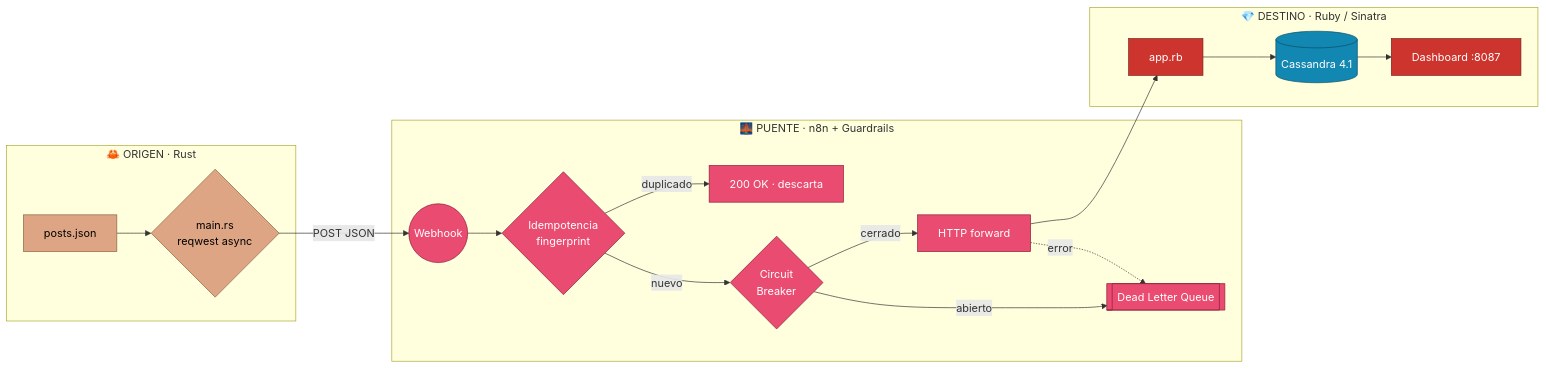
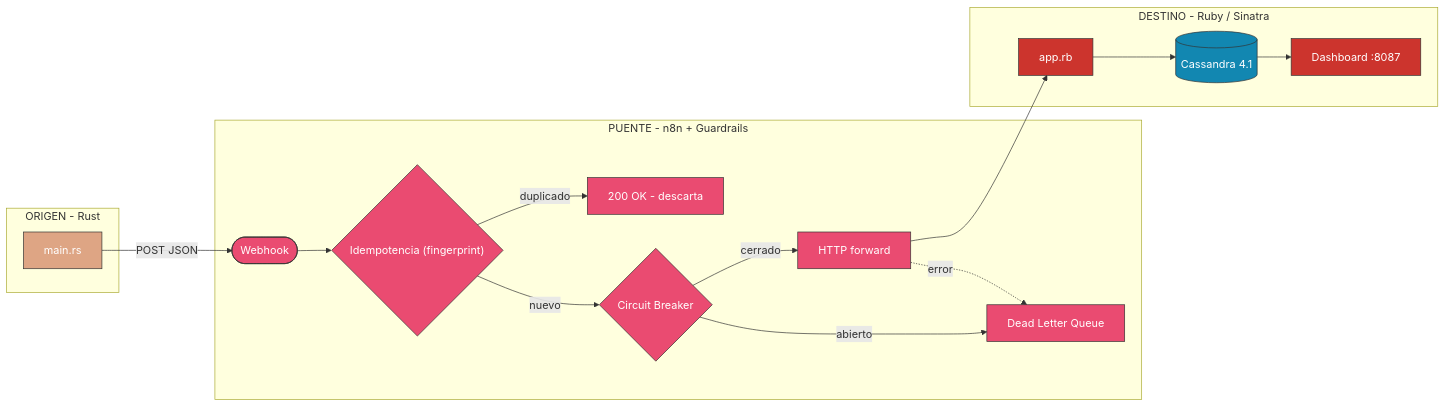
The first of 2 diagrams in cases/07-rust-to-ruby/ARCHITECTURE.md (vladimiracunadev-create/social-bot-scheduler), drawn with Mermaid before and after one commit. The commit also changed other lines of this file and 8 other files, not shown here.

First line of the commit message:
fix(diagrams): Mermaid compatible con GitHub (securityLevel strict)

````diff
--- a/cases/07-rust-to-ruby/ARCHITECTURE.md
+++ b/cases/07-rust-to-ruby/ARCHITECTURE.md
@@ -29,32 +29,32 @@
 ```mermaid
 flowchart LR
-    subgraph ORIGIN["🦀 ORIGEN · Rust"]
-        A[posts.json] --> B{main.rs<br/>reqwest async}
+    subgraph ORIGIN["ORIGEN - Rust"]
+        B["main.rs"]
     end
 
-    subgraph BRIDGE["🌉 PUENTE · n8n + Guardrails"]
-        C((Webhook)) --> IDEM{Idempotencia<br/>fingerprint}
-        IDEM -- duplicado --> DISCARD[200 OK · descarta]
-        IDEM -- nuevo --> CB{Circuit<br/>Breaker}
-        CB -- cerrado --> FWD[HTTP forward]
-        CB -- abierto --> DLQ[[Dead Letter Queue]]
+    subgraph BRIDGE["PUENTE - n8n + Guardrails"]
+        C(["Webhook"]) --> IDEM{"Idempotencia (fingerprint)"}
+        IDEM -->|duplicado| DISCARD["200 OK - descarta"]
+        IDEM -->|nuevo| CBK{"Circuit Breaker"}
+        CBK -->|cerrado| FWD["HTTP forward"]
+        CBK -->|abierto| DLQ["Dead Letter Queue"]
     end
 
-    subgraph DEST["💎 DESTINO · Ruby / Sinatra"]
-        FWD --> H[app.rb]
-        H --> DB[(Cassandra 4.1)]
-        DB --> DASH[Dashboard :8087]
+    subgraph DEST["DESTINO - Ruby / Sinatra"]
+        FWD --> H["app.rb"]
+        H --> DB[("Cassandra 4.1")]
+        DB --> DASH["Dashboard :8087"]
     end
 
-    B -- POST JSON --> C
-    FWD -. error .-> DLQ
+    B -->|POST JSON| C
+    FWD -.->|error| DLQ
 
-    classDef origin fill:#DEA584,stroke:#8a6440,color:#000
-    classDef bridge fill:#EA4B71,stroke:#8c1c38,color:#fff
-    classDef dest fill:#CC342D,stroke:#7a1f1b,color:#fff
-    classDef db fill:#1287B1,stroke:#0a4f68,color:#fff
-    class A,B origin
-    class C,IDEM,CB,FWD,DLQ,DISCARD bridge
+    classDef origin fill:#DEA584,stroke:#333,color:#fff
+    classDef bridge fill:#EA4B71,stroke:#333,color:#fff
+    classDef dest fill:#CC342D,stroke:#333,color:#fff
+    classDef db fill:#1287B1,stroke:#333,color:#fff
+    class B origin
+    class C,IDEM,CBK,FWD,DLQ,DISCARD bridge
     class H,DASH dest
     class DB db
 ```
````
